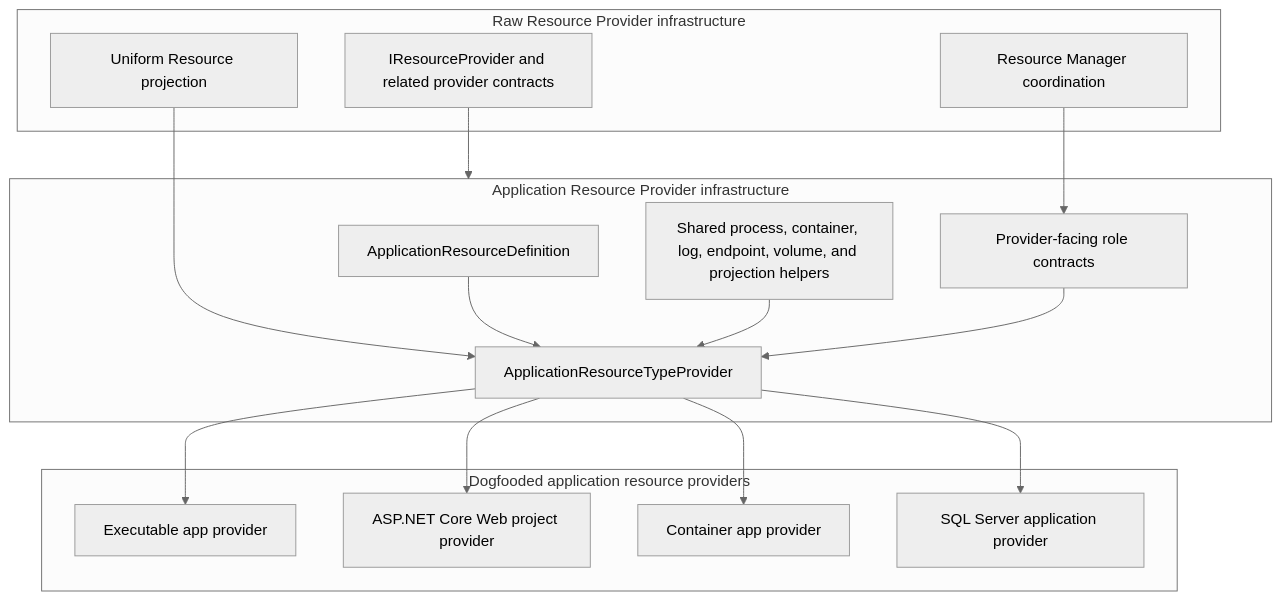
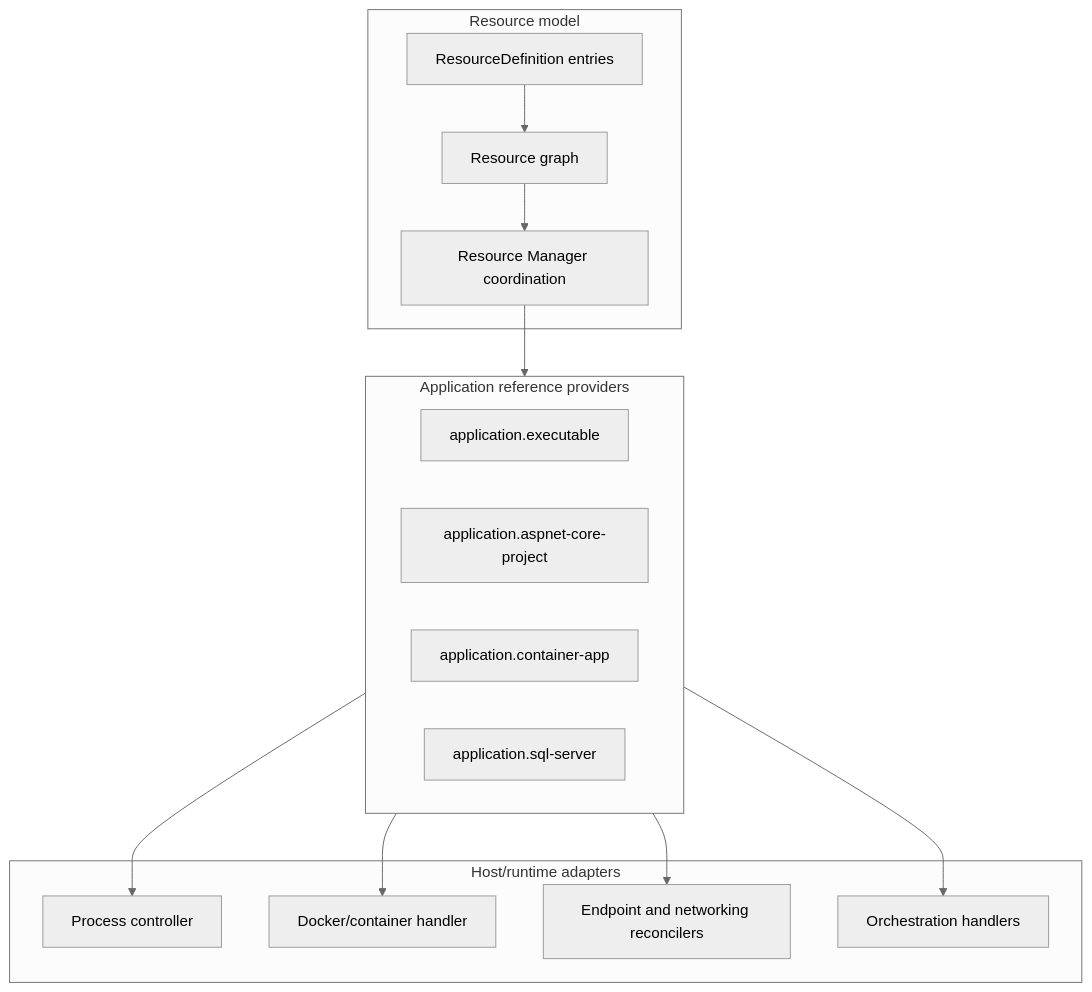
One commit to marinasundstrom/CloudShell changed the diagram in docs/resources/application-resources.md. Above: the diagram before and after it, drawn with Mermaid (neutral theme). The commit also changed other lines of this file and 226 other files, not shown here.

Commit message:
Remove legacy resource provider packages

````diff
--- a/docs/resources/application-resources.md
+++ b/docs/resources/application-resources.md
@@ -53,33 +56,30 @@
 ```mermaid
 flowchart TB
-    subgraph Raw["Raw Resource Provider infrastructure"]
-        Contracts["IResourceProvider and related provider contracts"]
+    subgraph ResourceModel["Resource model"]
+        Definition["ResourceDefinition entries"]
+        Graph["Resource graph"]
         ResourceManager["Resource Manager coordination"]
-        Projection["Uniform Resource projection"]
     end
 
-    subgraph Toolkit["Application Resource Provider infrastructure"]
-        Definition["ApplicationResourceDefinition"]
-        BaseProvider["ApplicationResourceTypeProvider"]
-        SharedRuntime["Shared process, container, log, endpoint, volume, and projection helpers"]
-        RoleContracts["Provider-facing role contracts"]
+    subgraph Providers["Application reference providers"]
+        Executable["application.executable"]
+        AspNet["application.aspnet-core-project"]
+        Container["application.container-app"]
+        SqlServer["application.sql-server"]
     end
 
-    subgraph Implementors["Dogfooded application resource providers"]
-        Executable["Executable app provider"]
-        AspNet["ASP.NET Core Web project provider"]
-        Container["Container app provider"]
-        SqlServer["SQL Server application provider"]
+    subgraph Runtime["Host/runtime adapters"]
+        Process["Process controller"]
+        Docker["Docker/container handler"]
+        Network["Endpoint and networking reconcilers"]
+        Orchestrator["Orchestration handlers"]
     end
 
-    Contracts --> Toolkit
-    ResourceManager --> RoleContracts
-    Projection --> BaseProvider
-    Definition --> BaseProvider
-    SharedRuntime --> BaseProvider
-    RoleContracts --> BaseProvider
-    BaseProvider --> Executable
-    BaseProvider --> AspNet
-    BaseProvider --> Container
-    BaseProvider --> SqlServer
+    Definition --> Graph
+    Graph --> ResourceManager
+    ResourceManager --> Providers
+    Providers --> Process
+    Providers --> Docker
+    Providers --> Network
+    Providers --> Orchestrator
 ```
````
